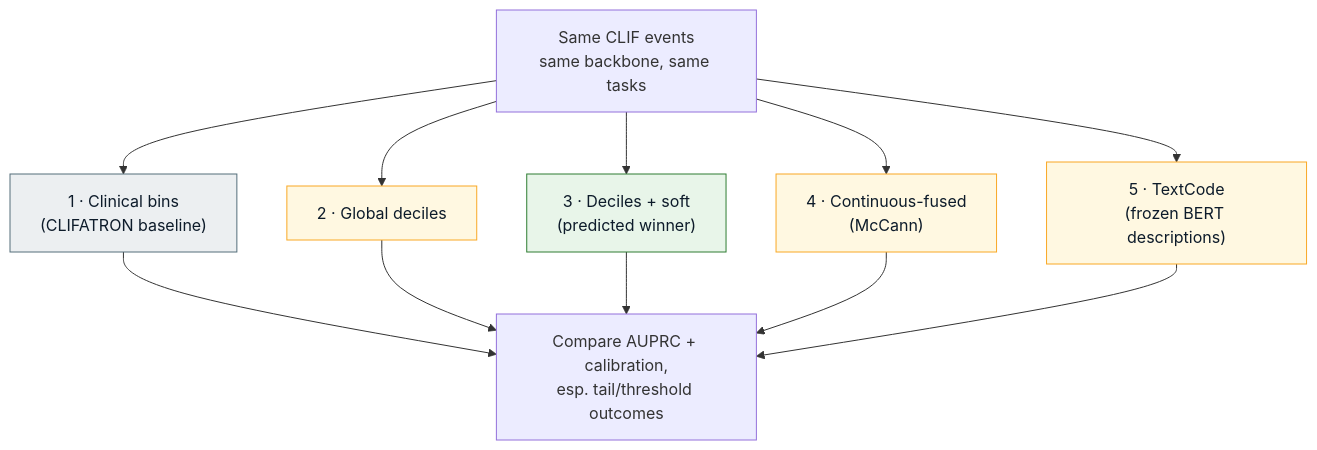
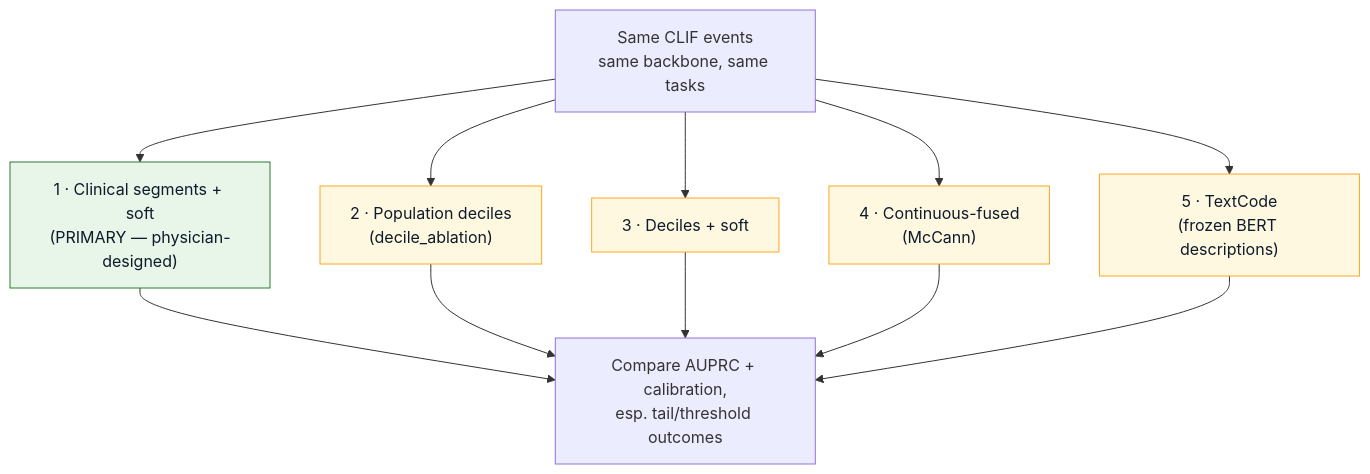
One commit to sajor2000/clifatron2.0 changed the seventh of 7 diagrams in website/docs/data-tokenization.md. Above: the diagram before and after it, drawn with Mermaid. The commit also changed other lines of this file and 8 other files, not shown here.

````diff
--- a/website/docs/data-tokenization.md
+++ b/website/docs/data-tokenization.md
@@ -200,23 +207,21 @@
 ```mermaid
 flowchart TB
     DATA["Same CLIF events<br/>same backbone, same tasks"] --> A1
     DATA --> A2
     DATA --> A3
     DATA --> A4
     DATA --> A5
 
-    A1["1 · Clinical bins<br/>(CLIFATRON baseline)"]
-    A2["2 · Global deciles"]
-    A3["3 · Deciles + soft<br/>(predicted winner)"]
+    A1["1 · Clinical segments + soft<br/>(PRIMARY — physician-designed)"]
+    A2["2 · Population deciles<br/>(decile_ablation)"]
+    A3["3 · Deciles + soft"]
     A4["4 · Continuous-fused<br/>(McCann)"]
     A5["5 · TextCode<br/>(frozen BERT descriptions)"]
 
     A1 & A2 & A3 & A4 & A5 --> CMP["Compare AUPRC + calibration,<br/>esp. tail/threshold outcomes"]
 
-    classDef base fill:#eceff1,stroke:#546e7a,color:#0d1b2a;
     classDef win fill:#e8f5e9,stroke:#2e7d32,color:#0d1b2a;
     classDef abl fill:#fff8e1,stroke:#f9a825,color:#0d1b2a;
-    class A1 base;
-    class A3 win;
-    class A2,A4,A5 abl;
+    class A1 win;
+    class A2,A3,A4,A5 abl;
 ```
````
